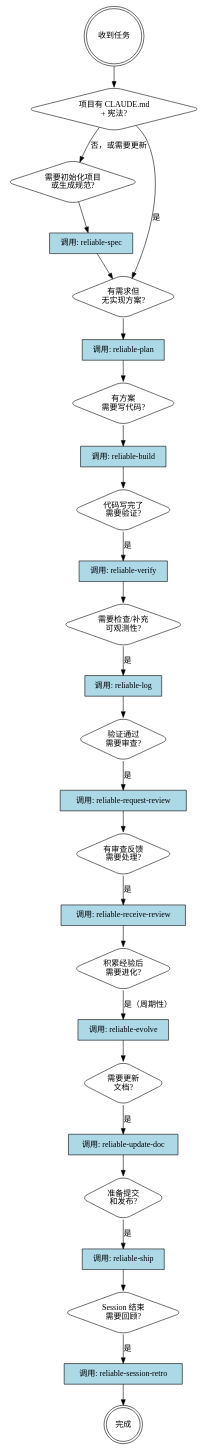
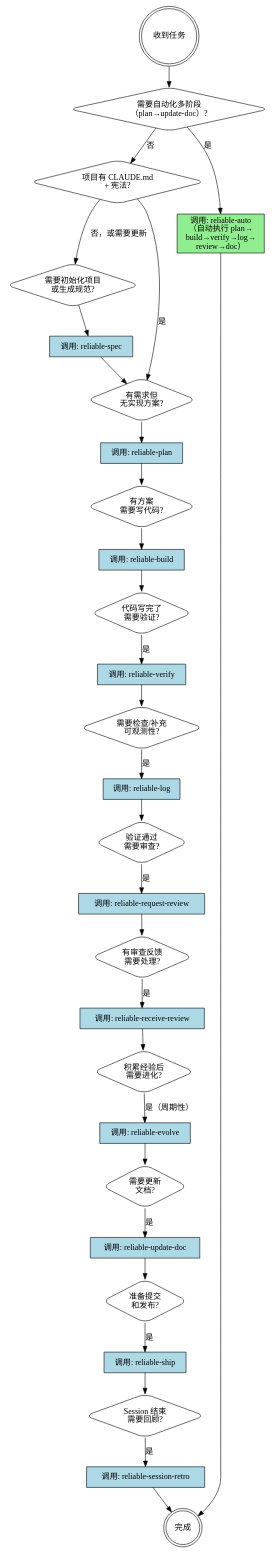
Before and after one commit to sueichen/reliable-agent: the diagram in skills/using-reliable-agent/SKILL.md, drawn with Graphviz. The commit also changed other lines of this file and 11 other files, not shown here.

First line of the commit message:
feat: add reliable-auto for automated multi-phase workflow execution

````diff
--- a/skills/using-reliable-agent/SKILL.md
+++ b/skills/using-reliable-agent/SKILL.md
@@ -105,72 +105,79 @@
 ```dot
 digraph skill_flow {
     rankdir=TB;
     node [shape=box, style=rounded];
 
     start [label="收到任务", shape=doublecircle];
-    
+
+    need_auto [label="需要自动化多阶段\n（plan→update-doc）?", shape=diamond];
+
     has_claude_md [label="项目有 CLAUDE.md\n+ 宪法?", shape=diamond];
     need_spec [label="需要初始化项目\n或生成规范?", shape=diamond];
     need_plan [label="有需求但\n无实现方案?", shape=diamond];
     need_build [label="有方案\n需要写代码?", shape=diamond];
     need_verify [label="代码写完了\n需要验证?", shape=diamond];
     need_log [label="需要检查/补充\n可观测性?", shape=diamond];
     need_review [label="验证通过\n需要审查?", shape=diamond];
     has_review [label="有审查反馈\n需要处理?", shape=diamond];
     need_evolve [label="积累经验后\n需要进化?", shape=diamond];
     need_doc [label="需要更新\n文档?", shape=diamond];
     need_ship [label="准备提交\n和发布?", shape=diamond];
     need_retro [label="Session 结束\n需要回顾?", shape=diamond];
 
     spec_call [label="调用: reliable-spec", shape=box style=filled fillcolor=lightblue];
     plan_call [label="调用: reliable-plan", shape=box style=filled fillcolor=lightblue];
+    auto_call [label="调用: reliable-auto\n（自动执行 plan→\nbuild→verify→log→\nreview→doc）", shape=box style=filled fillcolor=lightgreen];
     build_call [label="调用: reliable-build", shape=box style=filled fillcolor=lightblue];
     verify_call [label="调用: reliable-verify", shape=box style=filled fillcolor=lightblue];
     log_call [label="调用: reliable-log", shape=box style=filled fillcolor=lightblue];
     review_call [label="调用: reliable-request-review", shape=box style=filled fillcolor=lightblue];
     receive_call [label="调用: reliable-receive-review", shape=box style=filled fillcolor=lightblue];
     evolve_call [label="调用: reliable-evolve", shape=box style=filled fillcolor=lightblue];
     doc_call [label="调用: reliable-update-doc", shape=box style=filled fillcolor=lightblue];
     ship_call [label="调用: reliable-ship", shape=box style=filled fillcolor=lightblue];
     retro_call [label="调用: reliable-session-retro", shape=box style=filled fillcolor=lightblue];
 
     done [label="完成", shape=doublecircle];
 
-    start -> has_claude_md;
+    start -> need_auto;
+    need_auto -> auto_call [label="是"];
+    auto_call -> done;
+    need_auto -> has_claude_md [label="否"];
+
     has_claude_md -> need_spec [label="否，或需要更新"];
     has_claude_md -> need_plan [label="是"];
     
     need_spec -> spec_call;
     spec_call -> need_plan;
     
     need_plan -> plan_call;
     plan_call -> need_build;
     
     need_build -> build_call;
     build_call -> need_verify;
     
     need_verify -> verify_call [label="是"];
     verify_call -> need_log;
     
     need_log -> log_call [label="是"];
     log_call -> need_review;
     
     need_review -> review_call [label="是"];
     review_call -> has_review;
     
     has_review -> receive_call [label="是"];
     receive_call -> need_evolve;
     
     need_evolve -> evolve_call [label="是（周期性）"];
     evolve_call -> need_doc;
     
     need_doc -> doc_call [label="是"];
     doc_call -> need_ship;
     
     need_ship -> ship_call [label="是"];
     ship_call -> need_retro;
     
     need_retro -> retro_call [label="是"];
     retro_call -> done;
 }
 ```
````
